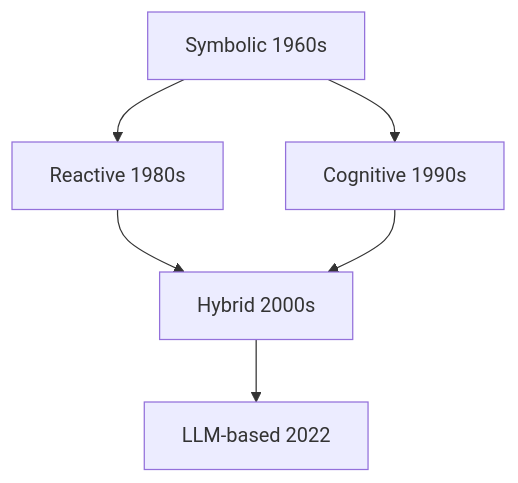
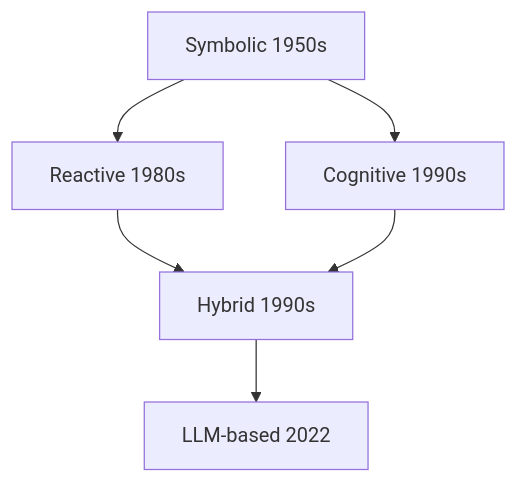
Before and after one commit to Laughingtt/agentkit: the diagram in part-2-大模型与agent的演进/ch08-agent五十年演进.md, drawn with Mermaid. The commit also changed other lines of this file and 4 other files, not shown here.

````diff
--- a/part-2-大模型与agent的演进/ch08-agent五十年演进.md
+++ b/part-2-大模型与agent的演进/ch08-agent五十年演进.md
@@ -16,8 +16,8 @@
 ```mermaid
 graph TD
-    A[Symbolic 1960s] --> B[Reactive 1980s]
+    A[Symbolic 1950s] --> B[Reactive 1980s]
     A --> C[Cognitive 1990s]
-    B --> D[Hybrid 2000s]
+    B --> D[Hybrid 1990s]
     C --> D
     D --> E[LLM-based 2022]
 ```
````
